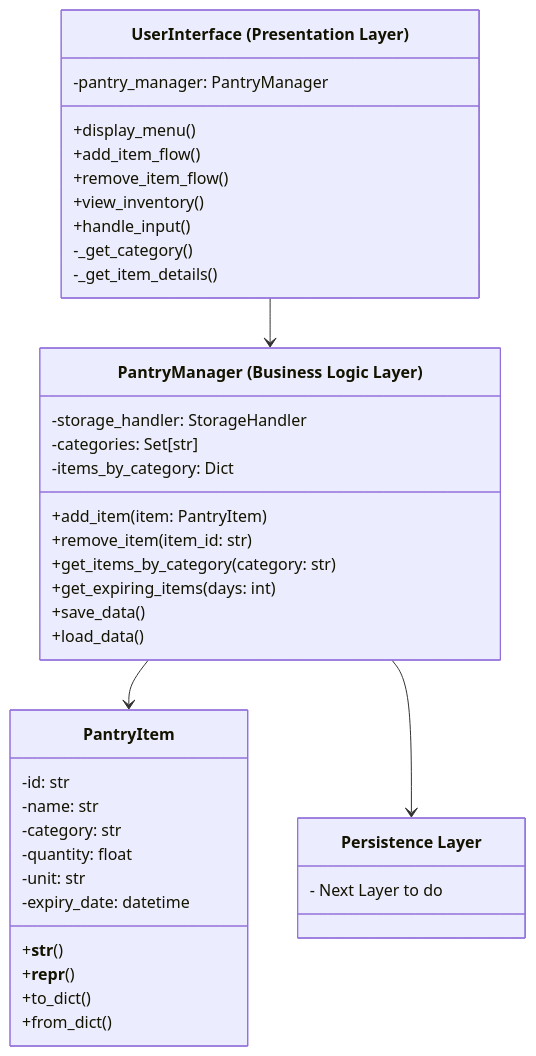
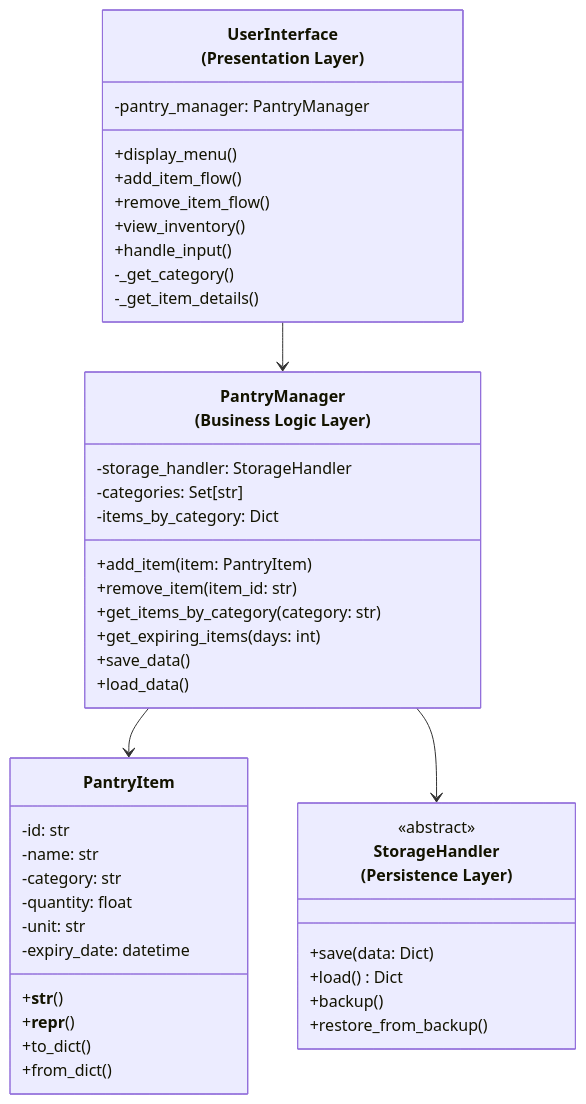
One commit to ostafford/cwd_playground changed the diagram in cwd_3c/class_Diagram.md. Above: the diagram before and after it, drawn with Mermaid. The commit also changed other lines of this file, not shown here.

Commit message:
Update formating and added StorageHandler

````diff
--- a/cwd_3c/class_Diagram.md
+++ b/cwd_3c/class_Diagram.md
@@ -1,49 +1,56 @@
 ```mermaid
 classDiagram
-    class PL ["UserInterface (Presentation Layer)"] {
+    class PL ["UserInterface
+    (Presentation Layer)"] {
         -pantry_manager: PantryManager
         +display_menu()
         +add_item_flow()
         +remove_item_flow()
         +view_inventory()
         +handle_input()
         -_get_category()
         -_get_item_details()
     }
 
-    class BLL ["PantryManager (Business Logic Layer)"] {
+    class BLL ["PantryManager
+    (Business Logic Layer)"] {
         -storage_handler: StorageHandler
         -categories: Set[str]
         -items_by_category: Dict
         +add_item(item: PantryItem)
         +remove_item(item_id: str)
         +get_items_by_category(category: str)
         +get_expiring_items(days: int)
         +save_data()
         +load_data()
     }
 
     class PI ["PantryItem"] {
         -id: str
         -name: str
         -category: str
         -quantity: float
         -unit: str
         -expiry_date: datetime
         +__str__()
         +__repr__()
         +to_dict()
         +from_dict()
     }
 
-    class PSTL ["Persistence Layer"] {
-        - Next Layer to do
+    class PSTL ["StorageHandler
+    (Persistence Layer)"] {
+        <<abstract>>
+        +save(data: Dict)
+        +load() Dict
+        +backup()
+        +restore_from_backup()
     }
 
 
 
 
 PL --> BLL
 BLL --> PI
 BLL --> PSTL
 ```
````
